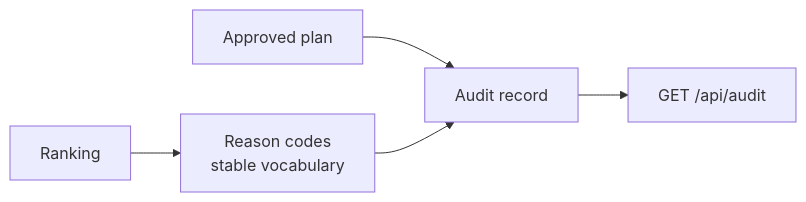
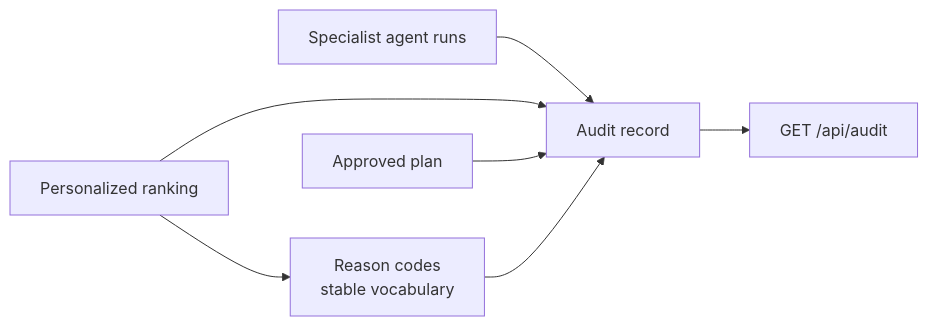
One commit to darrenori/amex-ai changed diagram 13 of 13 in ARCHITECTURE.md. Above: the diagram before and after it, drawn with Mermaid. The commit also changed other lines of this file and 13 other files, not shown here.

````diff
--- a/ARCHITECTURE.md
+++ b/ARCHITECTURE.md
@@ -375,7 +461,9 @@
 ```mermaid
 flowchart LR
-    RANK["Ranking"] --> RC["Reason codes<br/>stable vocabulary"]
-    PLAN["Approved plan"] --> AUD["Audit record"]
+    SPEC["Specialist agent runs"] --> AUD["Audit record"]
+    RANK["Personalized ranking"] --> RC["Reason codes<br/>stable vocabulary"]
+    RANK --> AUD
+    PLAN["Approved plan"] --> AUD
     RC --> AUD
     AUD --> LOG["GET /api/audit"]
 ```
````
